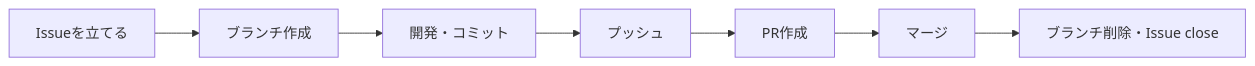
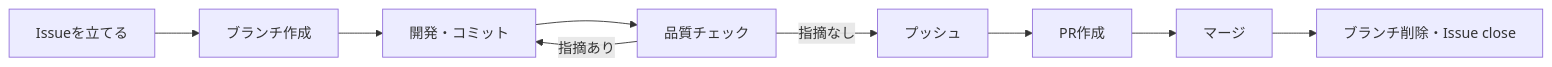
One commit to tk-media-code/raise-tech-task-management changed the diagram in CONTRIBUTING.md. Above: the diagram before and after it, drawn with Mermaid. The commit also changed other lines of this file and 12 other files, not shown here.

````diff
--- a/CONTRIBUTING.md
+++ b/CONTRIBUTING.md
@@ -28,9 +30,11 @@
 ```mermaid
 flowchart LR
     A[Issueを立てる] --> B[ブランチ作成]
     B --> C[開発・コミット]
-    C --> D[プッシュ]
+    C --> Q[品質チェック]
+    Q -->|指摘あり| C
+    Q -->|指摘なし| D[プッシュ]
     D --> E[PR作成]
     E --> F[マージ]
     F --> G[ブランチ削除・Issue close]
 ```
````
